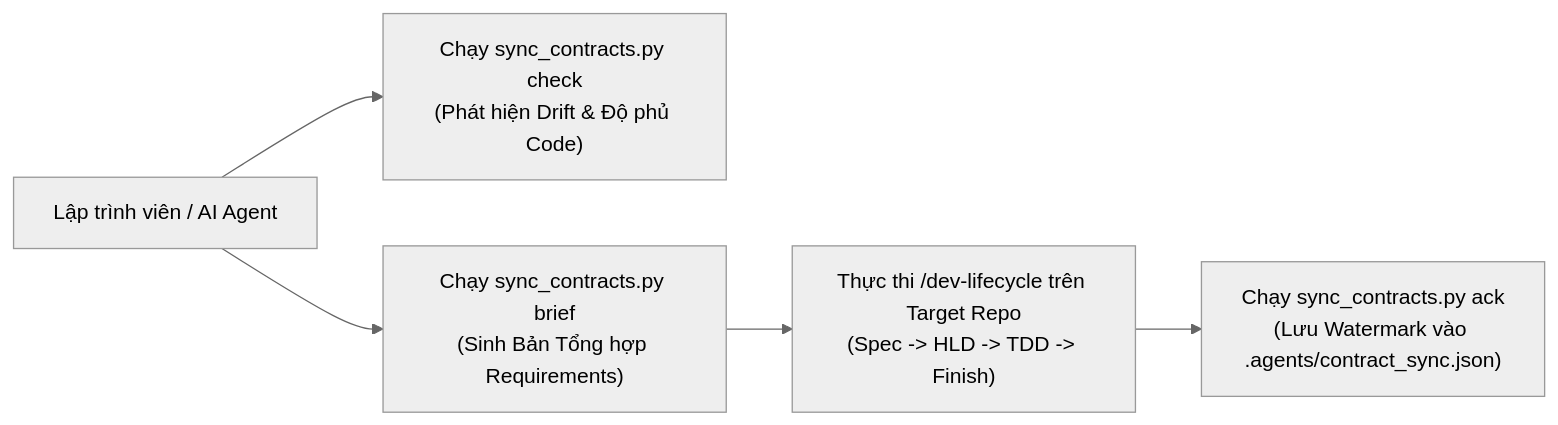
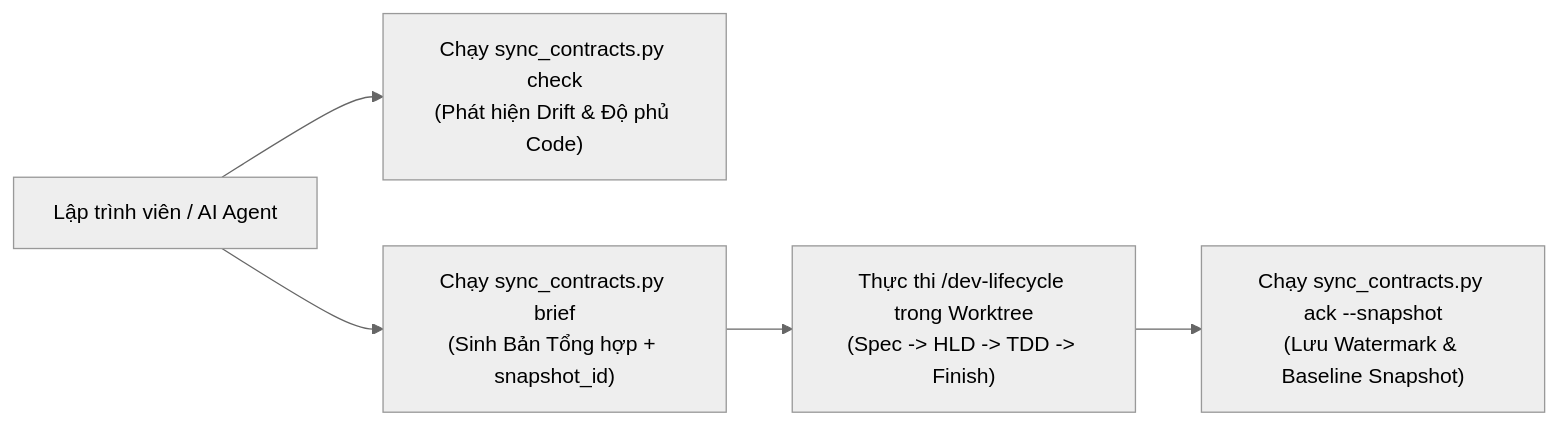
One commit to DanhDue/ai-agent-tools changed the second of 3 diagrams in .devtool/epic/sync_shared_contracts/sync_shared_contracts.vi.md. Above: the diagram before and after it, drawn with Mermaid (neutral theme). The commit also changed other lines of this file and 13 other files, not shown here.

First line of the commit message:
[SYNC_SHARED_CONTRACTS] Revise epic after Principal Review round 1

````diff
--- a/.devtool/epic/sync_shared_contracts/sync_shared_contracts.vi.md
+++ b/.devtool/epic/sync_shared_contracts/sync_shared_contracts.vi.md
@@ -92,13 +95,13 @@
 ```mermaid
 flowchart LR
     DEV["Lập trình viên / AI Agent"]
     UC1["Chạy sync_contracts.py check<br/>(Phát hiện Drift & Độ phủ Code)"]
-    UC2["Chạy sync_contracts.py brief<br/>(Sinh Bản Tổng hợp Requirements)"]
-    UC3["Thực thi /dev-lifecycle trên Target Repo<br/>(Spec -> HLD -> TDD -> Finish)"]
-    UC4["Chạy sync_contracts.py ack<br/>(Lưu Watermark vào .agents/contract_sync.json)"]
+    UC2["Chạy sync_contracts.py brief<br/>(Sinh Bản Tổng hợp + snapshot_id)"]
+    UC3["Thực thi /dev-lifecycle trong Worktree<br/>(Spec -> HLD -> TDD -> Finish)"]
+    UC4["Chạy sync_contracts.py ack --snapshot<br/>(Lưu Watermark & Baseline Snapshot)"]
 
     DEV --> UC1
     DEV --> UC2
     UC2 --> UC3
     UC3 --> UC4
 ```
````
